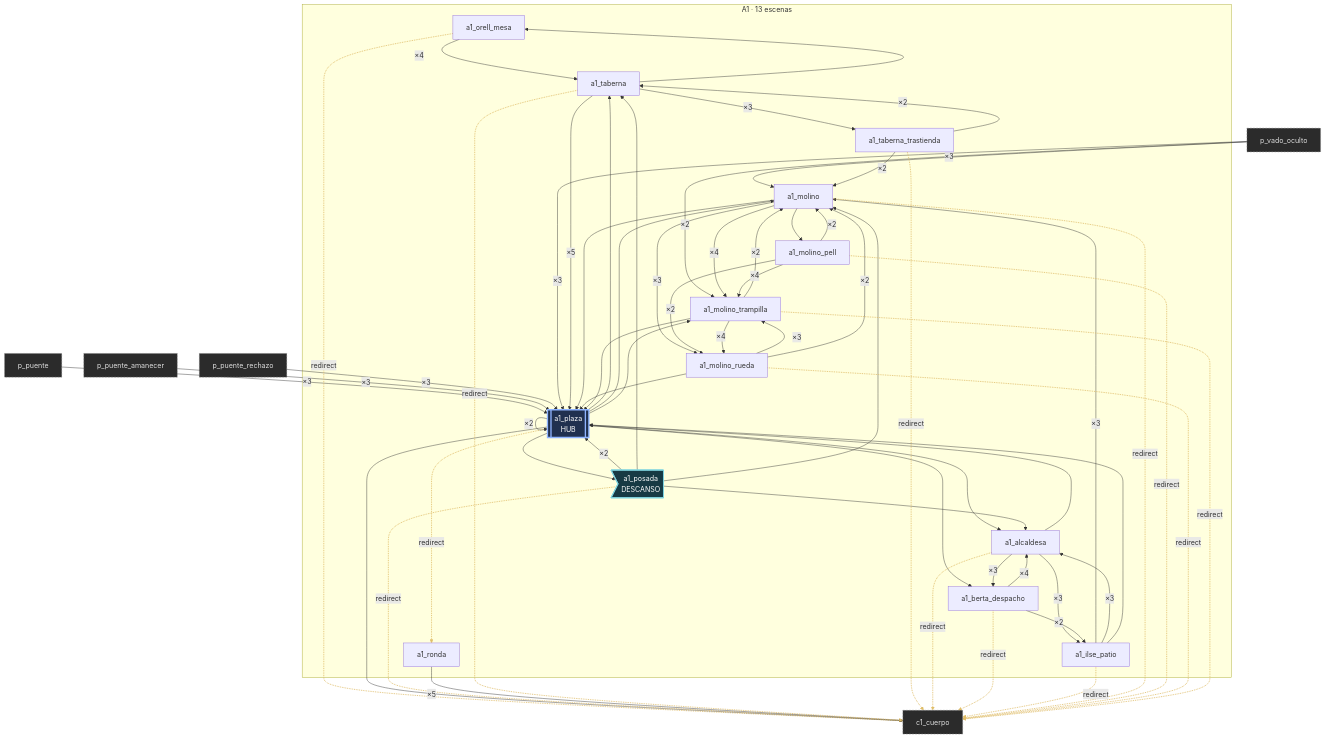
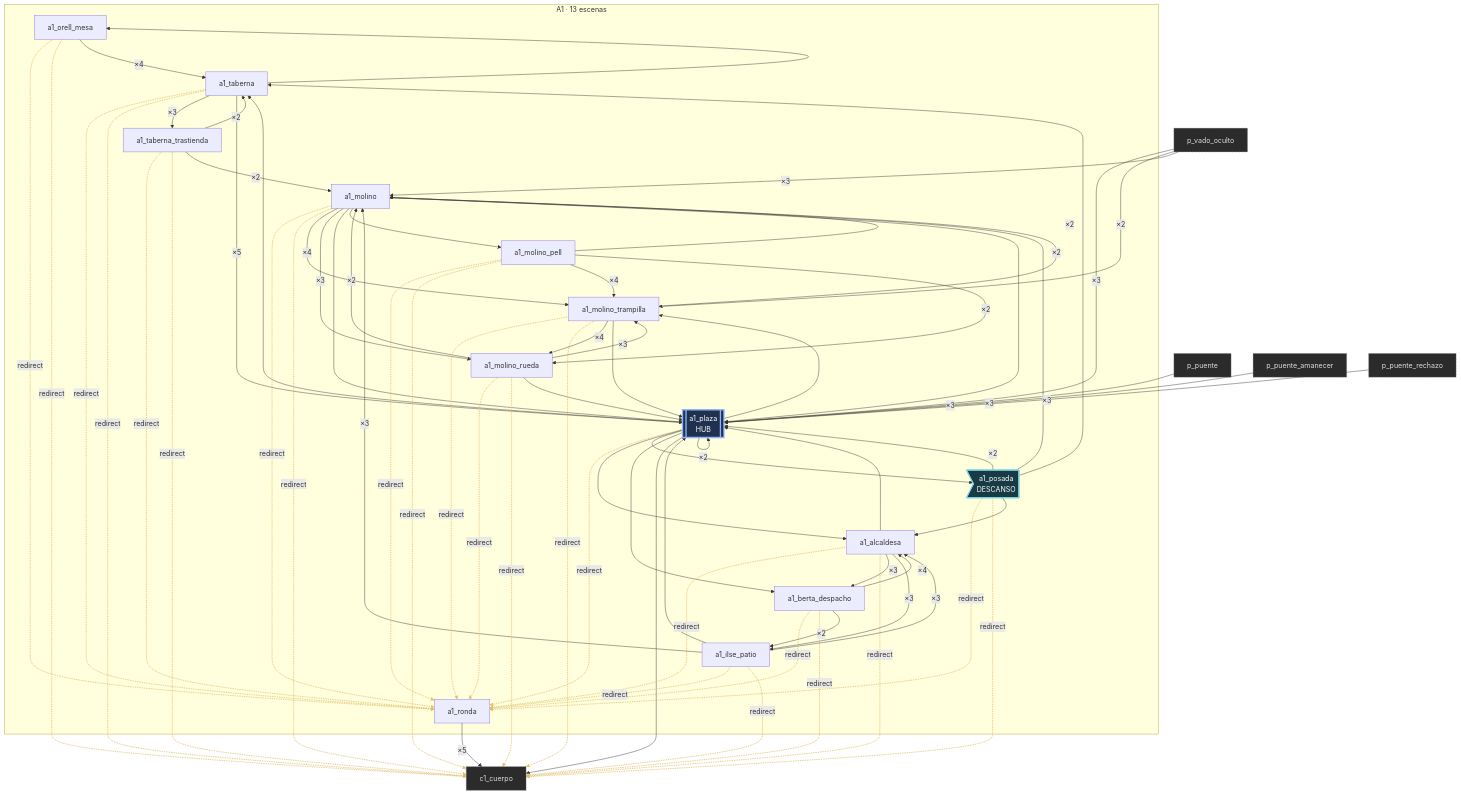
One commit to Alcaraz000/cronicas-del-vado changed the third of 8 diagrams in src/content/campaigns/vado/design/03-grafo.generated.md. Above: the diagram before and after it, drawn with Mermaid. The commit also changed other lines of this file and 6 other files, not shown here.

````diff
--- a/src/content/campaigns/vado/design/03-grafo.generated.md
+++ b/src/content/campaigns/vado/design/03-grafo.generated.md
@@ -286,6 +297,7 @@
   p_vado_oculto -->|"×3"| a1_plaza
   p_vado_oculto -->|"×2"| a1_molino_trampilla
   p_vado_oculto -->|"×3"| a1_molino
+  a1_orell_mesa -. "redirect" .-> a1_ronda
   a1_orell_mesa -. "redirect" .-> c1_cuerpo
   a1_orell_mesa -->|"×4"| a1_taberna
   a1_plaza -. "redirect" .-> a1_ronda
@@ -297,43 +309,53 @@
   a1_plaza --> a1_berta_despacho
   a1_plaza --> c1_cuerpo
   a1_plaza --> a1_molino_trampilla
+  a1_posada -. "redirect" .-> a1_ronda
   a1_posada -. "redirect" .-> c1_cuerpo
   a1_posada -->|"×2"| a1_plaza
   a1_posada --> a1_taberna
   a1_posada --> a1_molino
   a1_posada --> a1_alcaldesa
   a1_ronda -->|"×5"| c1_cuerpo
+  a1_taberna -. "redirect" .-> a1_ronda
   a1_taberna -. "redirect" .-> c1_cuerpo
   a1_taberna -->|"×3"| a1_taberna_trastienda
   a1_taberna -->|"×5"| a1_plaza
   a1_taberna --> a1_orell_mesa
+  a1_taberna_trastienda -. "redirect" .-> a1_ronda
   a1_taberna_trastienda -. "redirect" .-> c1_cuerpo
   a1_taberna_trastienda -->|"×2"| a1_taberna
   a1_taberna_trastienda -->|"×2"| a1_molino
+  a1_alcaldesa -. "redirect" .-> a1_ronda
   a1_alcaldesa -. "redirect" .-> c1_cuerpo
   a1_alcaldesa -->|"×3"| a1_berta_despacho
   a1_alcaldesa -->|"×3"| a1_ilse_patio
   a1_alcaldesa --> a1_plaza
+  a1_berta_despacho -. "redirect" .-> a1_ronda
   a1_berta_despacho -. "redirect" .-> c1_cuerpo
   a1_berta_despacho -->|"×4"| a1_alcaldesa
   a1_berta_despacho -->|"×2"| a1_ilse_patio
+  a1_ilse_patio -. "redirect" .-> a1_ronda
   a1_ilse_patio -. "redirect" .-> c1_cuerpo
   a1_ilse_patio -->|"×3"| a1_molino
   a1_ilse_patio -->|"×3"| a1_alcaldesa
   a1_ilse_patio --> a1_plaza
+  a1_molino -. "redirect" .-> a1_ronda
   a1_molino -. "redirect" .-> c1_cuerpo
   a1_molino -->|"×4"| a1_molino_trampilla
   a1_molino -->|"×3"| a1_molino_rueda
   a1_molino --> a1_plaza
   a1_molino --> a1_molino_pell
+  a1_molino_pell -. "redirect" .-> a1_ronda
   a1_molino_pell -. "redirect" .-> c1_cuerpo
   a1_molino_pell -->|"×4"| a1_molino_trampilla
   a1_molino_pell -->|"×2"| a1_molino
   a1_molino_pell -->|"×2"| a1_molino_rueda
+  a1_molino_rueda -. "redirect" .-> a1_ronda
   a1_molino_rueda -. "redirect" .-> c1_cuerpo
   a1_molino_rueda -->|"×3"| a1_molino_trampilla
   a1_molino_rueda -->|"×2"| a1_molino
   a1_molino_rueda --> a1_plaza
+  a1_molino_trampilla -. "redirect" .-> a1_ronda
   a1_molino_trampilla -. "redirect" .-> c1_cuerpo
   a1_molino_trampilla -->|"×4"| a1_molino_rueda
   a1_molino_trampilla -->|"×2"| a1_molino
@@ -348,5 +370,5 @@
   class a1_plaza hub;
   class a1_posada descanso;
   class p_puente,p_puente_amanecer,p_puente_rechazo,p_vado_oculto,c1_cuerpo externo;
-  linkStyle 6,8,17,23,27,30,34,37,41,46,50,54 stroke:#e0be6a,stroke-width:2px;
+  linkStyle 6,7,9,18,19,25,26,30,31,34,35,39,40,43,44,48,49,54,55,59,60,64,65 stroke:#e0be6a,stroke-width:2px;
 ```
````
